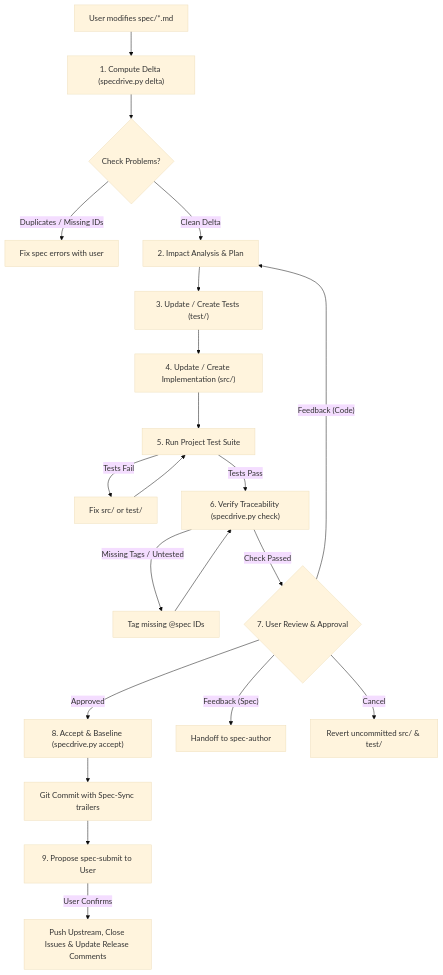
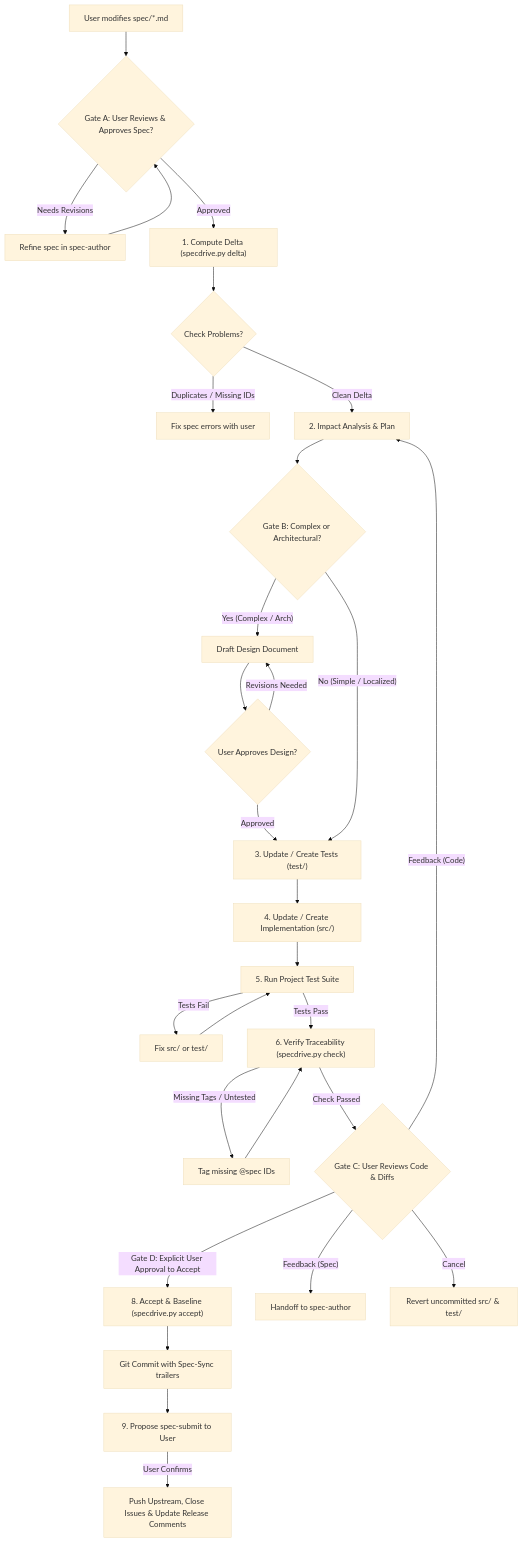
Before and after one commit to junov/SpecDrive: the diagram in .agents/skills/spec-sync/references/sync-protocol.md, drawn with Mermaid (base theme). The commit also changed other lines of this file and 4 other files, not shown here.

Commit message:
feat(rules): Add mandatory human-in-the-loop review and approval gates across SpecDrive process

````diff
--- a/.agents/skills/spec-sync/references/sync-protocol.md
+++ b/.agents/skills/spec-sync/references/sync-protocol.md
@@ -8,23 +8,31 @@
 ```mermaid
 flowchart TD
-    A["User modifies spec/*.md"] --> B["1. Compute Delta (specdrive.py delta)"]
+    A["User modifies spec/*.md"] --> A1{"Gate A: User Reviews & Approves Spec?"}
+    A1 -- "Needs Revisions" --> D1["Refine spec in spec-author"]
+    D1 --> A1
+    A1 -- "Approved" --> B["1. Compute Delta (specdrive.py delta)"]
     B --> C{"Check Problems?"}
     C -- "Duplicates / Missing IDs" --> D["Fix spec errors with user"]
     C -- "Clean Delta" --> E["2. Impact Analysis & Plan"]
-    E --> F["3. Update / Create Tests (test/)"]
+    E --> E1{"Gate B: Complex or Architectural?"}
+    E1 -- "Yes (Complex / Arch)" --> E2["Draft Design Document"]
+    E2 --> E3{"User Approves Design?"}
+    E3 -- "Revisions Needed" --> E2
+    E3 -- "Approved" --> F["3. Update / Create Tests (test/)"]
+    E1 -- "No (Simple / Localized)" --> F
     F --> G["4. Update / Create Implementation (src/)"]
     G --> H["5. Run Project Test Suite"]
     H -- "Tests Fail" --> I["Fix src/ or test/"]
     I --> H
     H -- "Tests Pass" --> J["6. Verify Traceability (specdrive.py check)"]
     J -- "Missing Tags / Untested" --> K["Tag missing @spec IDs"]
     K --> J
-    J -- "Check Passed" --> L{"7. User Review & Approval"}
-    L -- "Approved" --> M["8. Accept & Baseline (specdrive.py accept)"]
+    J -- "Check Passed" --> L{"Gate C: User Reviews Code & Diffs"}
+    L -- "Gate D: Explicit User Approval to Accept" --> M["8. Accept & Baseline (specdrive.py accept)"]
     M --> N["Git Commit with Spec-Sync trailers"]
     N --> Q["9. Propose spec-submit to User"]
     Q -- "User Confirms" --> R["Push Upstream, Close Issues & Update Release Comments"]
     L -- "Feedback (Spec)" --> O["Handoff to spec-author"]
     L -- "Feedback (Code)" --> E
     L -- "Cancel" --> P["Revert uncommitted src/ & test/"]
 ```
````
